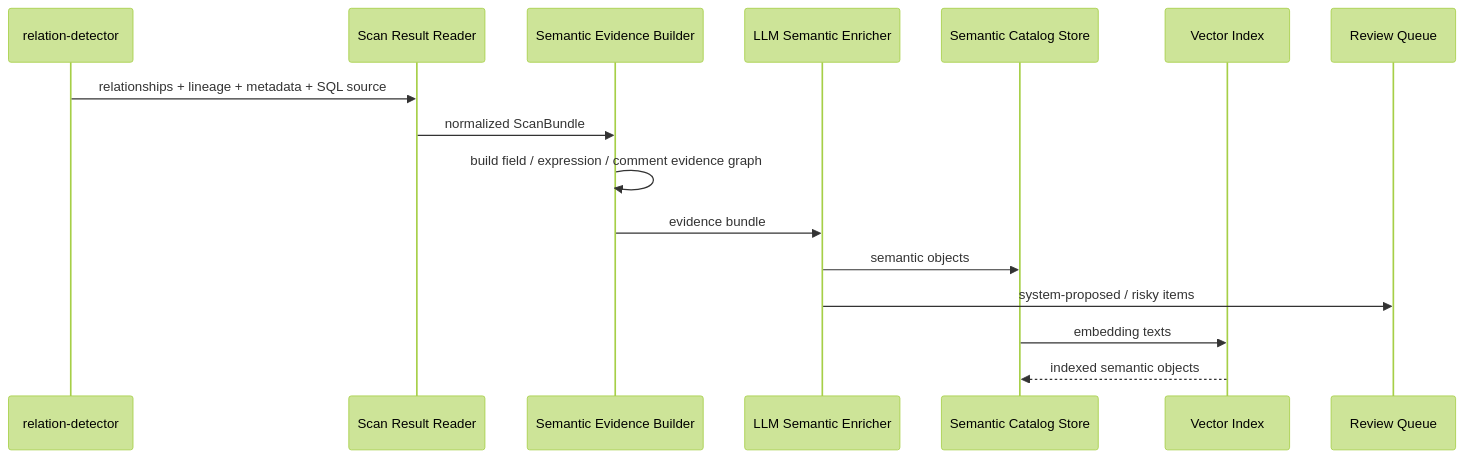
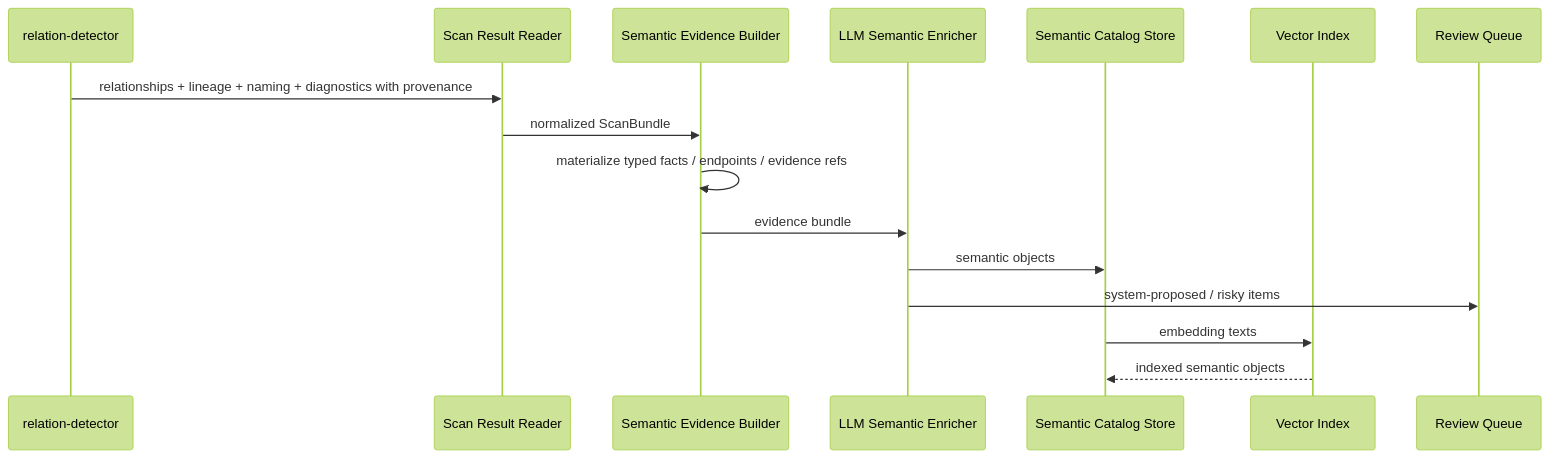
The fourth of 8 diagrams in docs/design/semantic-layer-overall-design.md (xiaoguang/relation-detector), drawn with Mermaid (forest theme) before and after one commit. The commit also changed other lines of this file and 62 other files, not shown here.

````diff
--- a/docs/design/semantic-layer-overall-design.md
+++ b/docs/design/semantic-layer-overall-design.md
@@ -203,19 +212,19 @@
 ```mermaid
 sequenceDiagram
   participant S as relation-detector
   participant R as Scan Result Reader
   participant E as Semantic Evidence Builder
   participant L as LLM Semantic Enricher
   participant C as Semantic Catalog Store
   participant V as Vector Index
   participant Q as Review Queue
 
-  S->>R: relationships + lineage + metadata + SQL source
+  S->>R: relationships + lineage + naming + diagnostics with provenance
   R->>E: normalized ScanBundle
-  E->>E: build field / expression / comment evidence graph
+  E->>E: materialize typed facts / endpoints / evidence refs
   E->>L: evidence bundle
   L->>C: semantic objects
   L->>Q: system-proposed / risky items
   C->>V: embedding texts
   V-->>C: indexed semantic objects
 ```
````
